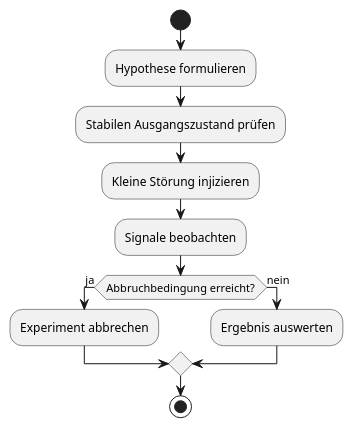
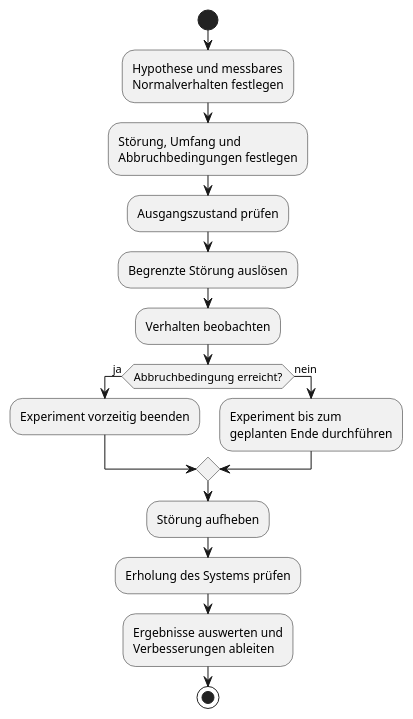
Before and after one commit to dhbw-ka-scalable-systems/lecture: the third of 3 diagrams in Material/Slides/04_Resilienz_Hochverfuegbarkeit.md, drawn with PlantUML. The commit also changed other lines of this file, not shown here.

````diff
--- a/Material/Slides/04_Resilienz_Hochverfuegbarkeit.md
+++ b/Material/Slides/04_Resilienz_Hochverfuegbarkeit.md
@@ -550,15 +604,24 @@
 ```plantuml
 @startuml
 start
-:Hypothese formulieren;
-:Stabilen Ausgangszustand prüfen;
-:Kleine Störung injizieren;
-:Signale beobachten;
+
+:Hypothese und messbares\nNormalverhalten festlegen;
+:Störung, Umfang und\nAbbruchbedingungen festlegen;
+:Ausgangszustand prüfen;
+
+:Begrenzte Störung auslösen;
+:Verhalten beobachten;
+
 if (Abbruchbedingung erreicht?) then (ja)
-  :Experiment abbrechen;
+  :Experiment vorzeitig beenden;
 else (nein)
-  :Ergebnis auswerten;
+  :Experiment bis zum\ngeplanten Ende durchführen;
 endif
+
+:Störung aufheben;
+:Erholung des Systems prüfen;
+:Ergebnisse auswerten und\nVerbesserungen ableiten;
+
 stop
 @enduml
 ```
````
